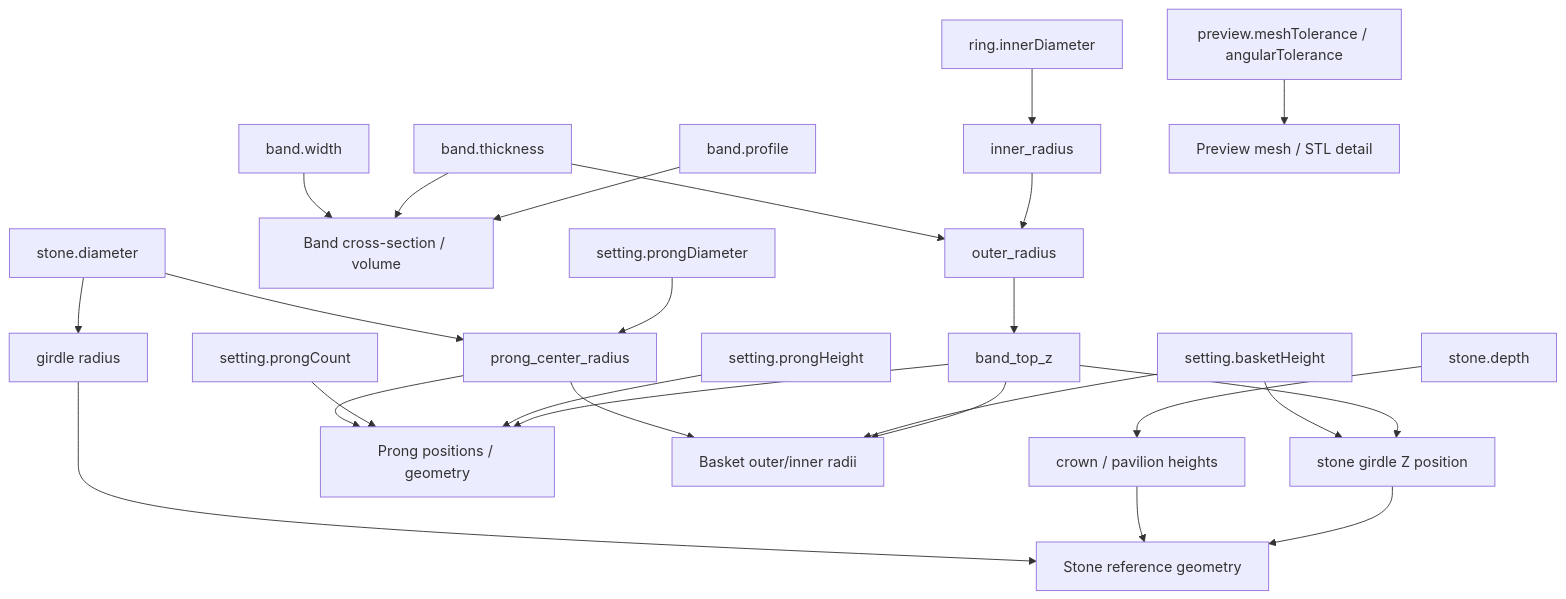
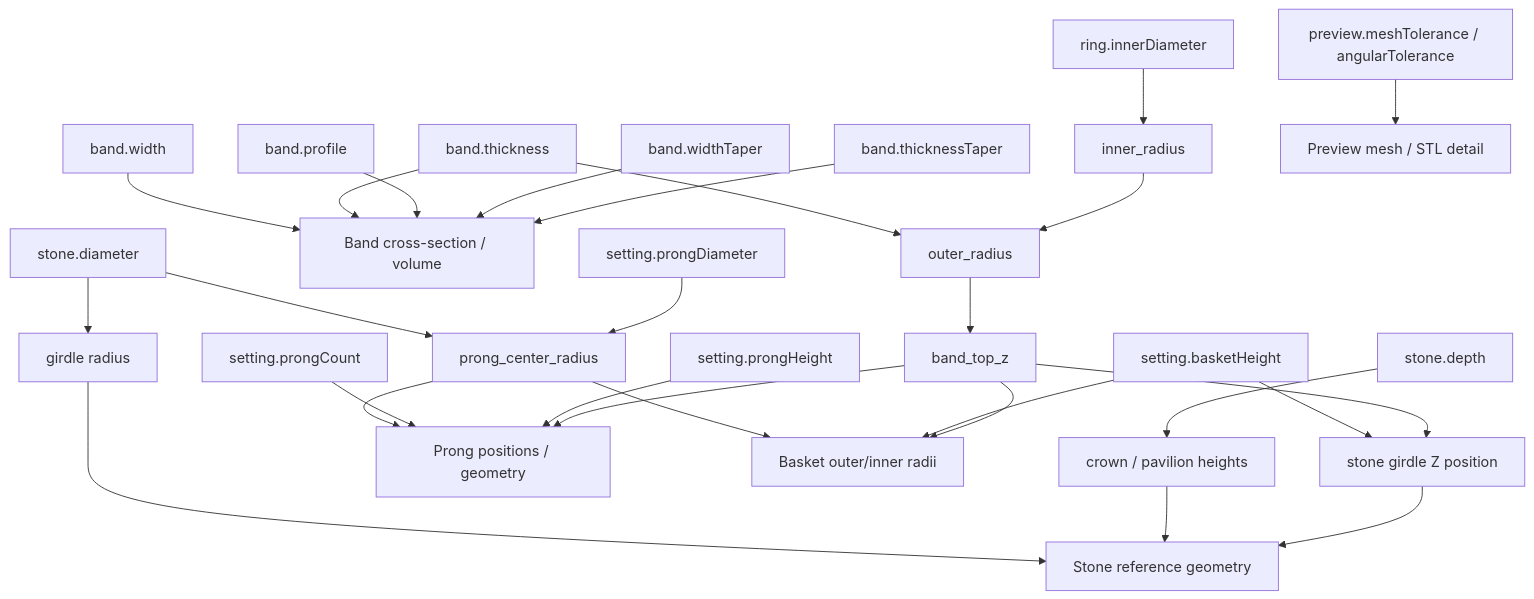
Before and after one commit to Armandog24-afk/JewelMind: the diagram in docs/bible/04-jewelry-domain/052-parametric-dependency-model.md, drawn with Mermaid. The commit also changed other lines of this file and 98 other files, not shown here.

````diff
--- a/docs/bible/04-jewelry-domain/052-parametric-dependency-model.md
+++ b/docs/bible/04-jewelry-domain/052-parametric-dependency-model.md
@@ -75,31 +77,33 @@
 ```mermaid
 flowchart TD
     innerDiameter["ring.innerDiameter"] --> innerRadius["inner_radius"]
     thickness["band.thickness"] --> outerRadius["outer_radius"]
     innerRadius --> outerRadius
     outerRadius --> bandTopZ["band_top_z"]
     width["band.width"] --> bandGeom["Band cross-section / volume"]
     thickness --> bandGeom
     profile["band.profile"] --> bandGeom
+    widthTaper["band.widthTaper"] --> bandGeom
+    thicknessTaper["band.thicknessTaper"] --> bandGeom
 
     stoneDiameter["stone.diameter"] --> girdleRadius["girdle radius"]
     stoneDepth["stone.depth"] --> stoneHeights["crown / pavilion heights"]
     girdleRadius --> stoneGeom["Stone reference geometry"]
     stoneHeights --> stoneGeom
 
     stoneDiameter --> centerRadius["prong_center_radius"]
     prongDiameter["setting.prongDiameter"] --> centerRadius
     centerRadius --> prongGeom["Prong positions / geometry"]
     prongCount["setting.prongCount"] --> prongGeom
     prongHeight["setting.prongHeight"] --> prongGeom
     bandTopZ --> prongGeom
 
     centerRadius --> basketGeom["Basket outer/inner radii"]
     basketHeight["setting.basketHeight"] --> basketGeom
     bandTopZ --> basketGeom
     basketHeight --> girdleZ["stone girdle Z position"]
     bandTopZ --> girdleZ
     girdleZ --> stoneGeom
 
     meshTolerance["preview.meshTolerance / angularTolerance"] --> meshOutput["Preview mesh / STL detail"]
 ```
````
